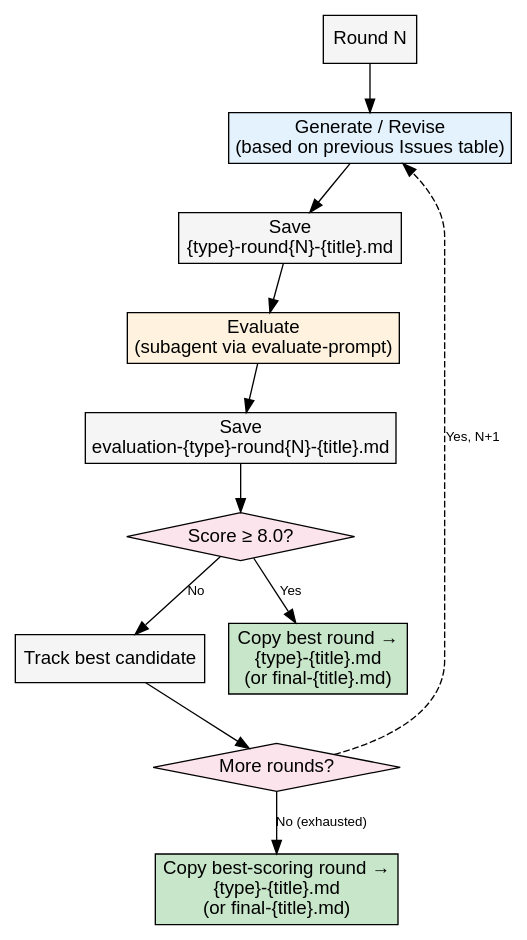
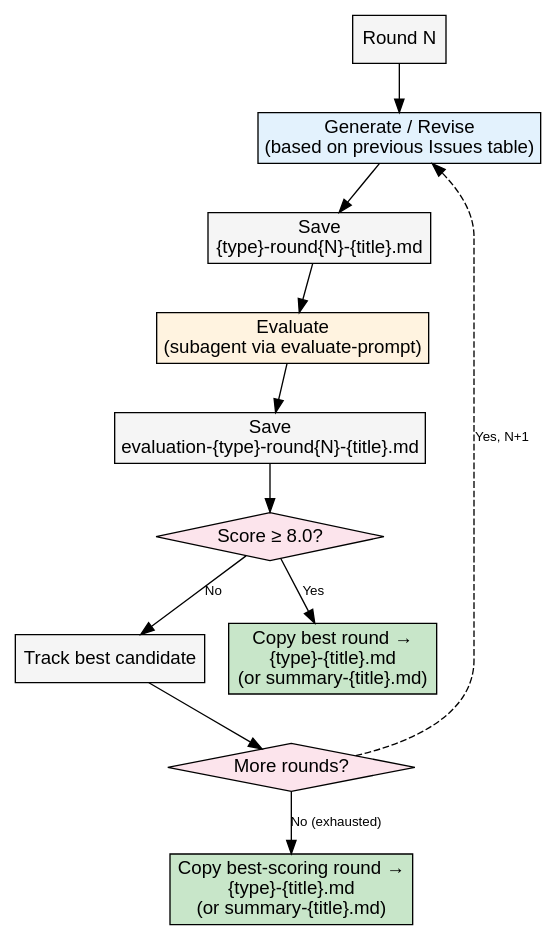
One commit to liuyanhui/yiyue31-skills changed the second of 2 diagrams in yiyue31-summary/README.md. Above: the diagram before and after it, drawn with Graphviz. The commit also changed other lines of this file and 4 other files, not shown here.

````diff
--- a/yiyue31-summary/README.md
+++ b/yiyue31-summary/README.md
@@ -64,29 +64,29 @@
 ```dot
 digraph loop {
     rankdir=TB;
     node [fontname="Arial"];
     edge [fontname="Arial", fontsize=10];
 
     start [label="Round N", shape=box, style=filled, fillcolor="#f5f5f5"];
     generate [label="Generate / Revise\n(based on previous Issues table)", shape=box, style=filled, fillcolor="#e3f2fd"];
     save_round [label="Save\n{type}-round{N}-{title}.md", shape=box, style=filled, fillcolor="#f5f5f5"];
     evaluate [label="Evaluate\n(subagent via evaluate-prompt)", shape=box, style=filled, fillcolor="#fff3e0"];
     save_eval [label="Save\nevaluation-{type}-round{N}-{title}.md", shape=box, style=filled, fillcolor="#f5f5f5"];
     check [label="Score ≥ 8.0?", shape=diamond, style=filled, fillcolor="#fce4ec"];
     track [label="Track best candidate", shape=box, style=filled, fillcolor="#f5f5f5"];
     more [label="More rounds?", shape=diamond, style=filled, fillcolor="#fce4ec"];
-    exit_pass [label="Copy best round →\n{type}-{title}.md\n(or final-{title}.md)", shape=box, style=filled, fillcolor="#c8e6c9"];
-    exit_exhaust [label="Copy best-scoring round →\n{type}-{title}.md\n(or final-{title}.md)", shape=box, style=filled, fillcolor="#c8e6c9"];
+    exit_pass [label="Copy best round →\n{type}-{title}.md\n(or summary-{title}.md)", shape=box, style=filled, fillcolor="#c8e6c9"];
+    exit_exhaust [label="Copy best-scoring round →\n{type}-{title}.md\n(or summary-{title}.md)", shape=box, style=filled, fillcolor="#c8e6c9"];
 
     start -> generate;
     generate -> save_round;
     save_round -> evaluate;
     evaluate -> save_eval;
     save_eval -> check;
     check -> exit_pass [label="Yes"];
     check -> track [label="No"];
     track -> more;
     more -> generate [label="Yes, N+1", style=dashed];
     more -> exit_exhaust [label="No (exhausted)"];
 }
 ```
````
